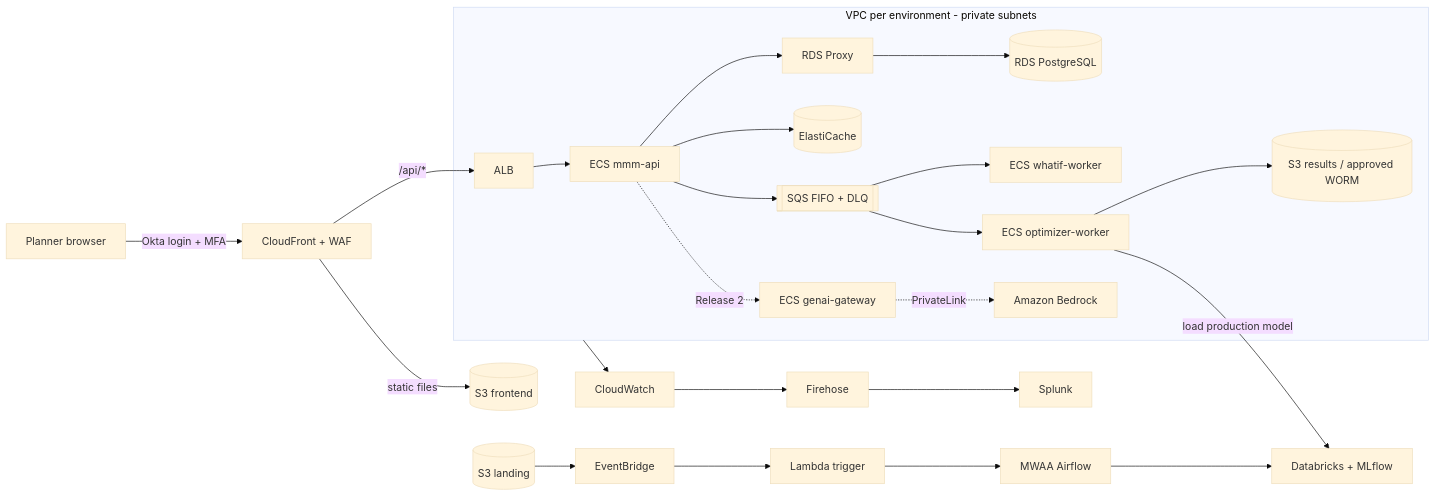
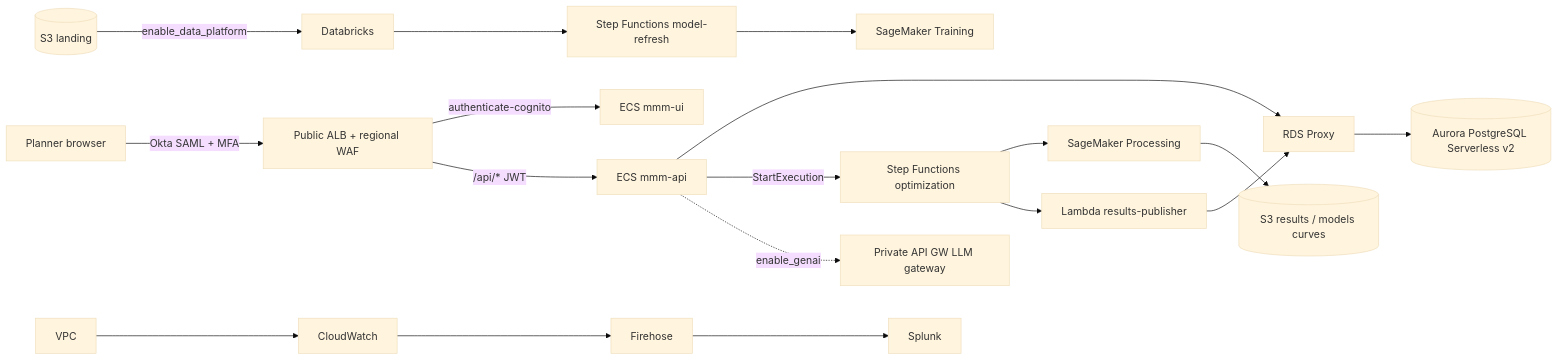
The diagram in README.md (Yashwanth-wbd/wbd-aws-devops), drawn with Mermaid (base theme) before and after one commit. The commit also changed other lines of this file and 277 other files, not shown here.

First line of the commit message:
Implement v2 architecture (Hybrid Lakehouse + MLOps) from wbd_Presentation.pptx

````diff
--- a/README.md
+++ b/README.md
@@ -37,20 +35,17 @@
 ```mermaid
 flowchart LR
-  user[Planner browser] -->|Okta login + MFA| cf[CloudFront + WAF]
-  cf -->|static files| s3fe[(S3 frontend)]
-  cf -->|/api/*| alb[ALB]
-  subgraph vpc[VPC per environment - private subnets]
-    alb --> api[ECS mmm-api]
-    api --> proxy[RDS Proxy] --> rds[(RDS PostgreSQL)]
-    api --> redis[(ElastiCache)]
-    api --> sqs[[SQS FIFO + DLQ]]
-    sqs --> whatif[ECS whatif-worker]
-    sqs --> opt[ECS optimizer-worker]
-    opt --> s3res[(S3 results / approved WORM)]
-    api -. Release 2 .-> genai[ECS genai-gateway] -. PrivateLink .-> bedrock[Amazon Bedrock]
-  end
-  land[(S3 landing)] --> eb[EventBridge] --> lambda[Lambda trigger] --> mwaa[MWAA Airflow]
-  mwaa --> dbx[Databricks + MLflow]
-  opt -->|load production model| dbx
-  vpc --> cw[CloudWatch] --> fh[Firehose] --> splunk[Splunk]
+  user[Planner browser] -->|Okta SAML + MFA| alb[Public ALB + regional WAF]
+  alb -->|authenticate-cognito| ui[ECS mmm-ui]
+  alb -->|/api/* JWT| api[ECS mmm-api]
+  api --> proxy[RDS Proxy] --> aurora[(Aurora PostgreSQL Serverless v2)]
+  api -->|StartExecution| sfn[Step Functions optimization]
+  sfn --> sm[SageMaker Processing]
+  sm --> s3res[(S3 results / models curves)]
+  sfn --> pub[Lambda results-publisher]
+  pub --> proxy
+  land[(S3 landing)] -->|enable_data_platform| dbx[Databricks]
+  dbx --> refresh[Step Functions model-refresh]
+  refresh --> train[SageMaker Training]
+  vpc[VPC] --> cw[CloudWatch] --> fh[Firehose] --> splunk[Splunk]
+  api -. enable_genai .-> llm[Private API GW LLM gateway]
 ```
````
